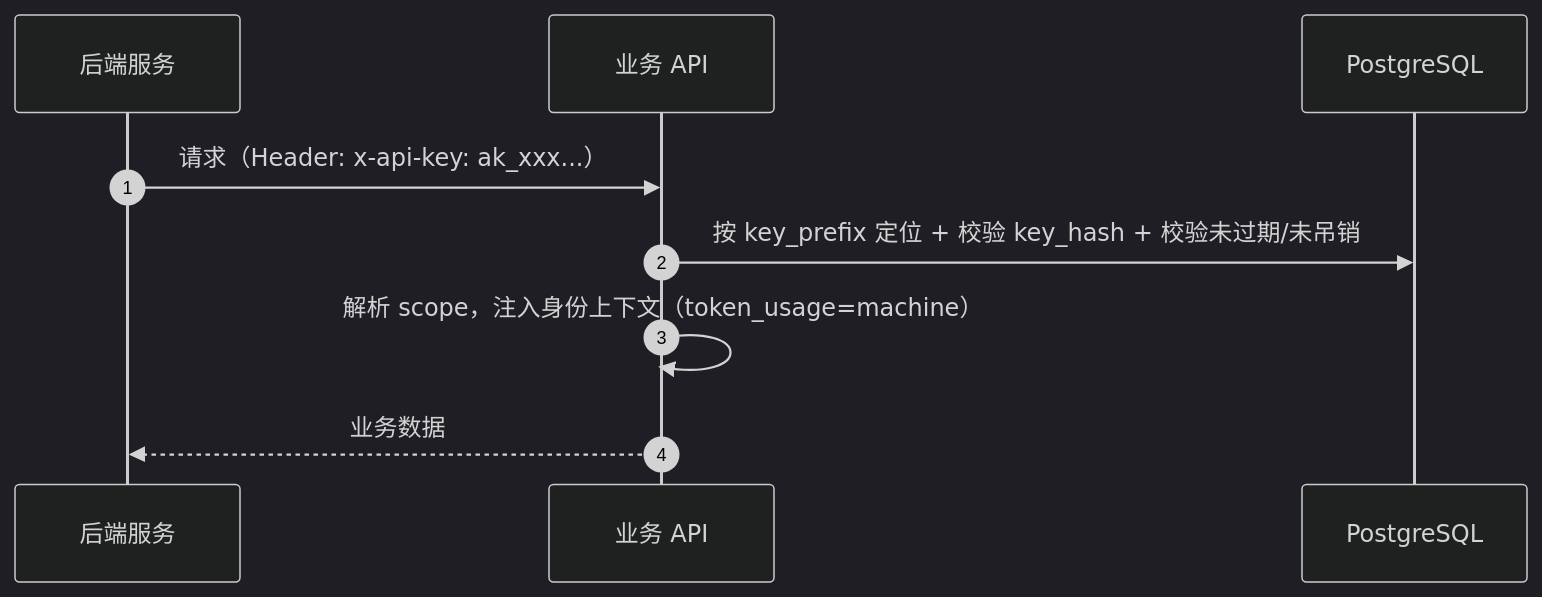
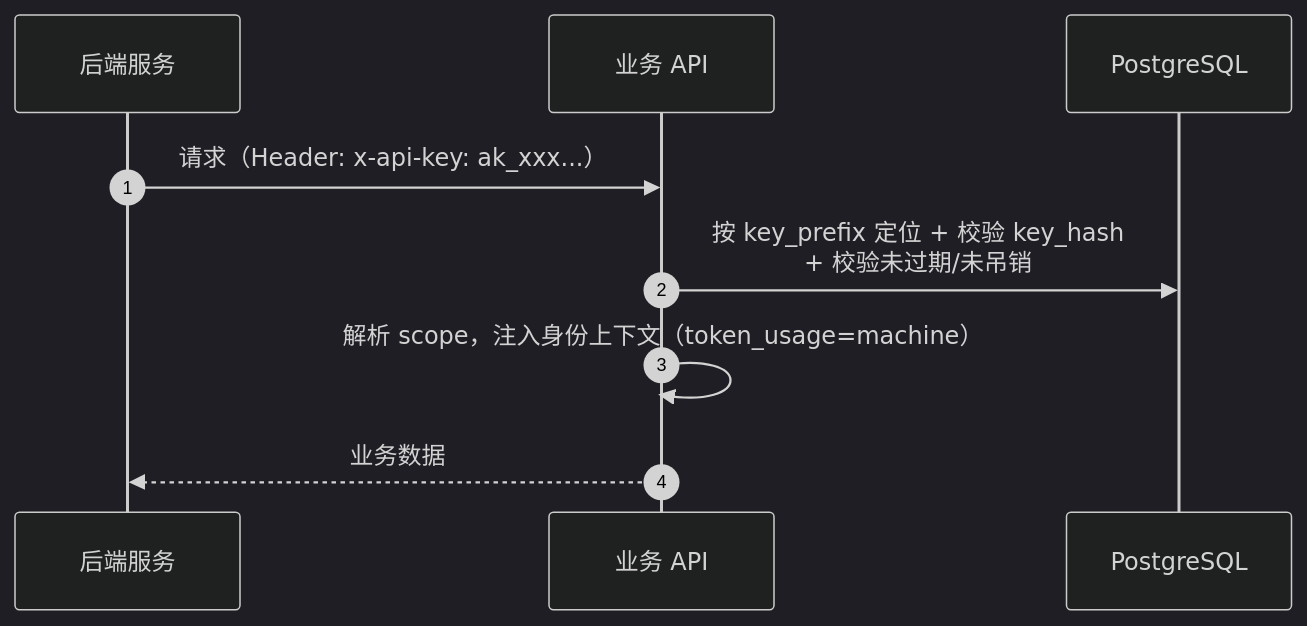
One commit to morehao/ark-iam changed the ninth of 13 diagrams in docs/design/system-design.md. Above: the diagram before and after it, drawn with Mermaid (dark theme). The commit also changed other lines of this file and 172 other files, not shown here.

````diff
--- a/docs/design/system-design.md
+++ b/docs/design/system-design.md
@@ -727,12 +695,12 @@
 ```mermaid
 sequenceDiagram
     autonumber
     participant SVC as 后端服务
     participant API as 业务 API
     participant DB as PostgreSQL
 
     SVC->>API: 请求（Header: x-api-key: ak_xxx...）
-    API->>DB: 按 key_prefix 定位 + 校验 key_hash + 校验未过期/未吊销
+    API->>DB: 按 key_prefix 定位 + 校验 key_hash<br/>+ 校验未过期/未吊销
     API->>API: 解析 scope，注入身份上下文（token_usage=machine）
     API-->>SVC: 业务数据
 ```
````
